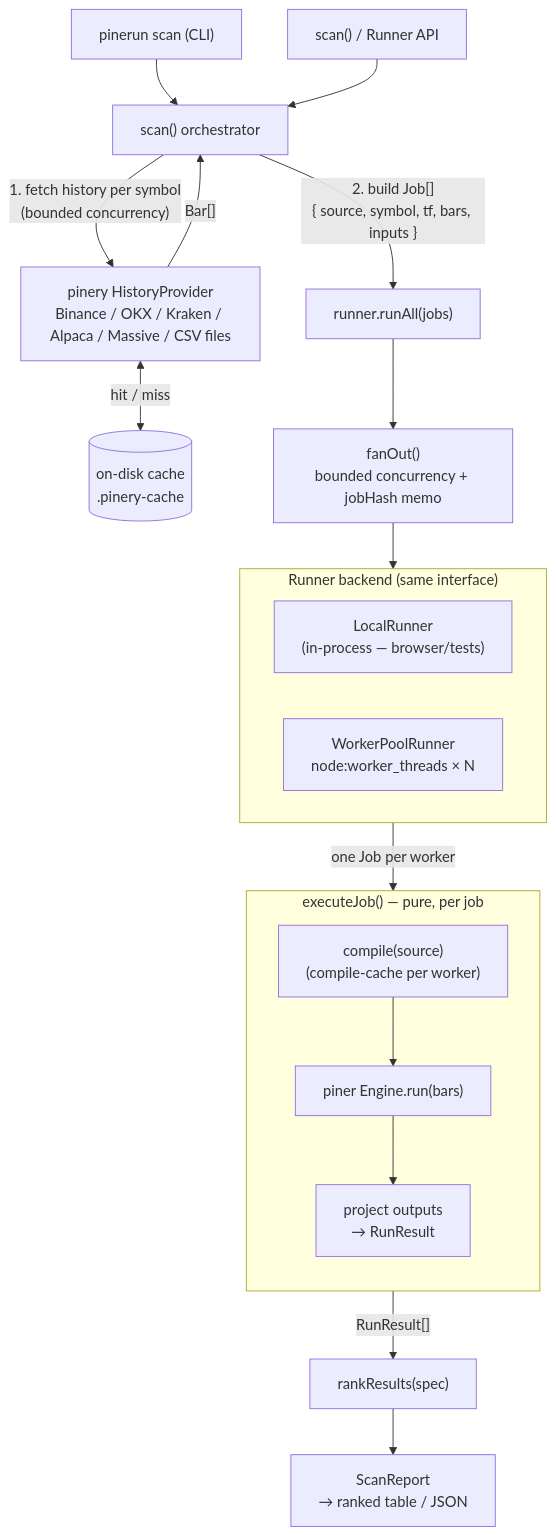
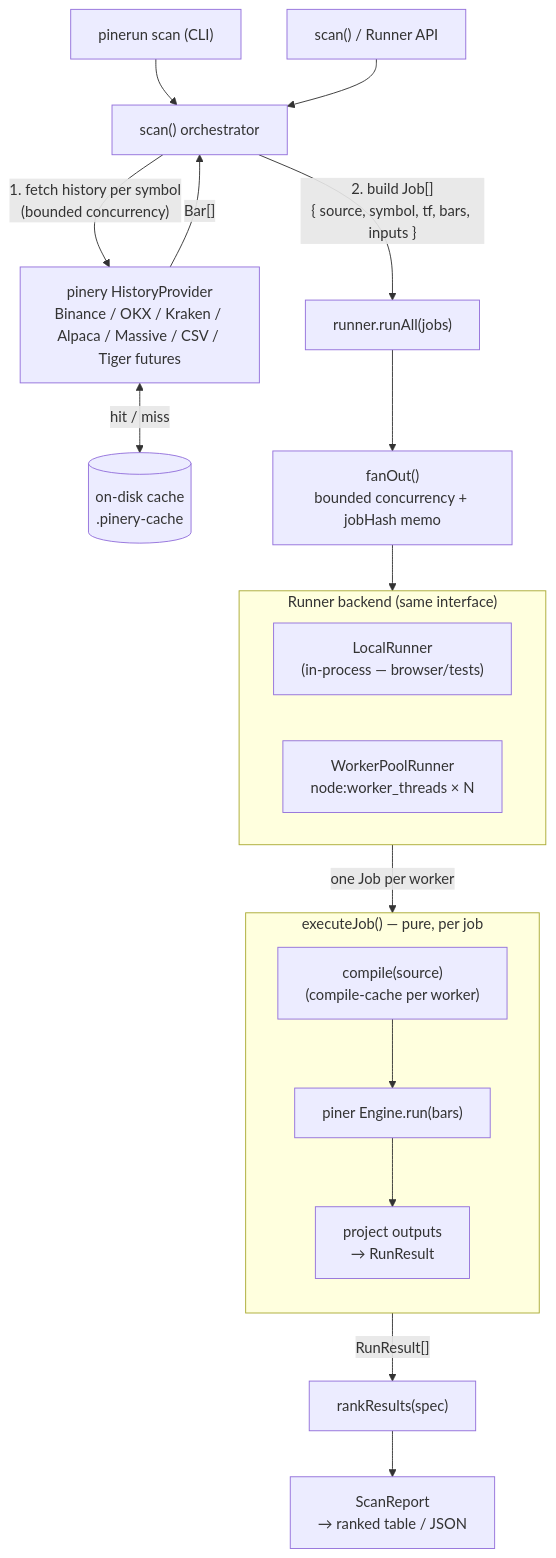
Before and after one commit to heyphat/pinestack: the diagram in packages/pinerun/README.md, drawn with Mermaid. The commit also changed other lines of this file and 48 other files, not shown here.

````diff
--- a/packages/pinerun/README.md
+++ b/packages/pinerun/README.md
@@ -118,32 +118,32 @@
 ```mermaid
 flowchart TB
   CLI["pinerun scan (CLI)"] --> SCAN
   APIU["scan() / Runner API"] --> SCAN
 
   SCAN["scan() orchestrator"]
 
   SCAN -->|"1. fetch history per symbol<br/>(bounded concurrency)"| PINERY
-  PINERY["pinery HistoryProvider<br/>Binance / OKX / Kraken / Alpaca / Massive / CSV files"]
+  PINERY["pinery HistoryProvider<br/>Binance / OKX / Kraken / Alpaca / Massive / CSV / Tiger futures"]
   PINERY <-->|"hit / miss"| DISK[("on-disk cache<br/>.pinery-cache")]
   PINERY -->|"Bar[]"| SCAN
 
   SCAN -->|"2. build Job[]<br/>{ source, symbol, tf, bars, inputs }"| RUNALL["runner.runAll(jobs)"]
 
   RUNALL --> FANOUT["fanOut()<br/>bounded concurrency + jobHash memo"]
 
   FANOUT --> POOL
   subgraph POOL["Runner backend (same interface)"]
     direction LR
     LOCAL["LocalRunner<br/>(in-process — browser/tests)"]
     WP["WorkerPoolRunner<br/>node:worker_threads × N"]
   end
 
   POOL -->|"one Job per worker"| EXEC
   subgraph EXEC["executeJob() — pure, per job"]
     direction TB
     C["compile(source)<br/>(compile-cache per worker)"] --> E["piner Engine.run(bars)"] --> P["project outputs<br/>→ RunResult"]
   end
 
   EXEC -->|"RunResult[]"| RANK["rankResults(spec)"]
   RANK --> REPORT["ScanReport<br/>→ ranked table / JSON"]
 ```
````
